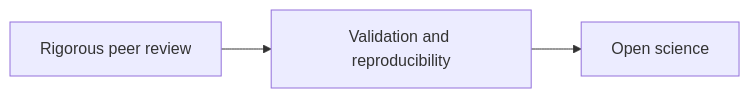
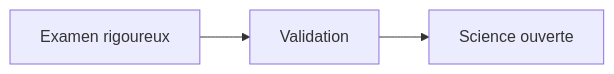
Before and after one commit to Alliance-RDM-GDR/CUR_Res_DepositingData: the second of 3 diagrams in RDM_DepositingData_fr.qmd, drawn with Mermaid. The commit also changed other lines of this file and 3 other files, not shown here.

````diff
--- a/RDM_DepositingData_fr.qmd
+++ b/RDM_DepositingData_fr.qmd
@@ -94,7 +96,8 @@
 ```{mermaid}
-%%| fig-width: 10
-%%| fig-height: 9
+%%| fig-width: 20
+%%| fig-height: 10
 
-flowchart LR
-  A[Rigorous peer review] --> B[Validation and reproducibility] --> C[Open science]
+graph LR
+A[Examen rigoureux] --> B[Validation] 
+B --> C[Science ouverte]
 ```
````
